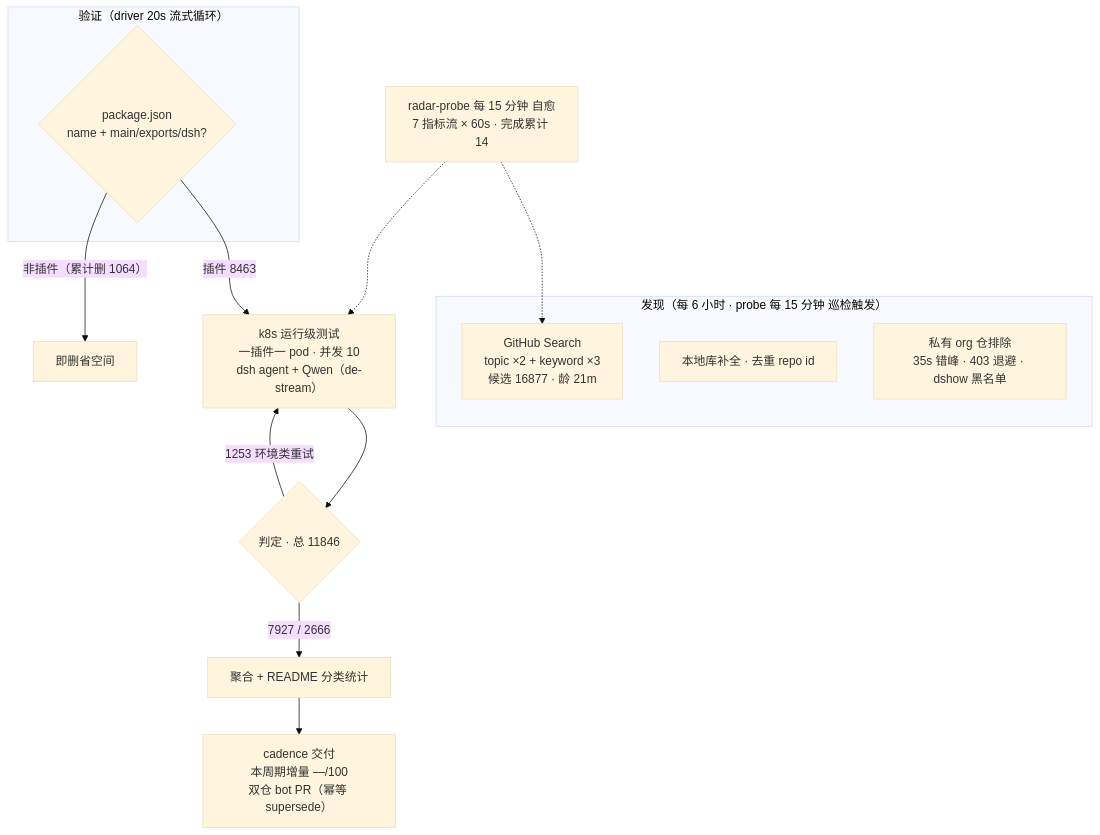
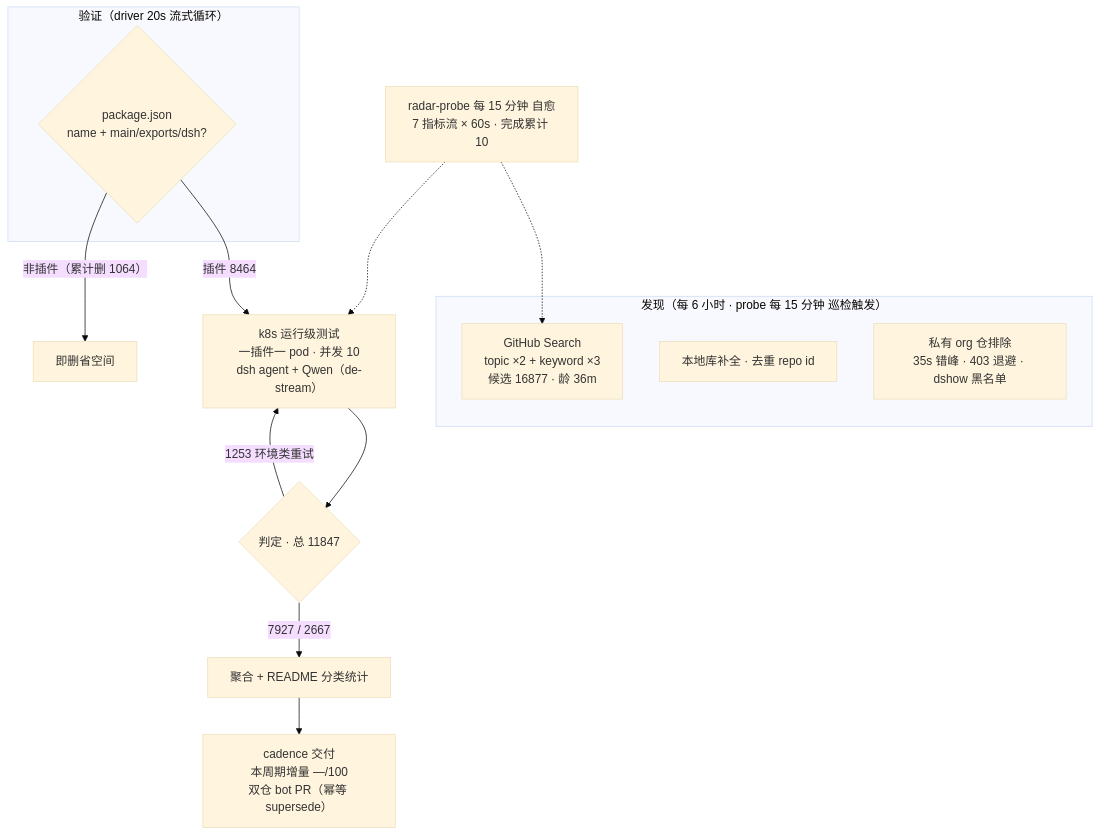
Before and after one commit to Zhidao-Lab-OSS/awesome-dsh-plugins: the diagram in README.md, drawn with Mermaid (base theme). The commit also changed other lines of this file and 1 other file, not shown here.

````diff
--- a/README.md
+++ b/README.md
@@ -52,20 +52,20 @@
 ```mermaid
 flowchart TB
     subgraph Discovery["发现（每 6 小时 · probe 每 15 分钟 巡检触发）"]
-        A1["GitHub Search<br/>topic ×2 + keyword ×3<br/>候选 16877 · 龄 21m"]
+        A1["GitHub Search<br/>topic ×2 + keyword ×3<br/>候选 16877 · 龄 36m"]
         A2["本地库补全 · 去重 repo id"]
         A3["私有 org 仓排除<br/>35s 错峰 · 403 退避 · dshow 黑名单"]
     end
     subgraph Validation["验证（driver 20s 流式循环）"]
         B1{"package.json<br/>name + main/exports/dsh?"}
     end
-    B1 -->|"插件 8463"| C1["k8s 运行级测试<br/>一插件一 pod · 并发 10<br/>dsh agent + Qwen（de-stream）"]
+    B1 -->|"插件 8464"| C1["k8s 运行级测试<br/>一插件一 pod · 并发 10<br/>dsh agent + Qwen（de-stream）"]
     B1 -->|"非插件（累计删 1064）"| B3["即删省空间"]
-    C1 --> D1{"判定 · 总 11846"}
-    D1 -->|"7927 / 2666"| E1["聚合 + README 分类统计"]
+    C1 --> D1{"判定 · 总 11847"}
+    D1 -->|"7927 / 2667"| E1["聚合 + README 分类统计"]
     D1 -->|"1253 环境类重试"| C1
     E1 --> E2["cadence 交付<br/>本周期增量 —/100<br/>双仓 bot PR（幂等 supersede）"]
-    M["radar-probe 每 15 分钟 自愈<br/>7 指标流 × 60s · 完成累计 14"]
+    M["radar-probe 每 15 分钟 自愈<br/>7 指标流 × 60s · 完成累计 10"]
     M -.-> A1
     M -.-> C1
 ```
````
